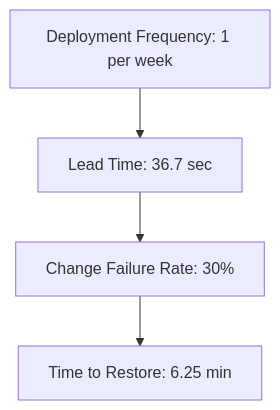
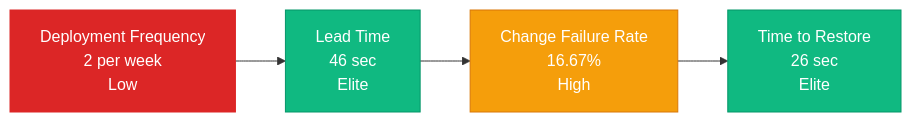
Before and after one commit to ukma-cs-ssdm-2025/team-bottleneck: the second of 2 diagrams in docs/ci-cd/dora-summary.md, drawn with Mermaid. The commit also changed other lines of this file and 210 other files, not shown here.

````diff
--- a/docs/ci-cd/dora-summary.md
+++ b/docs/ci-cd/dora-summary.md
@@ -23,6 +21,16 @@
 ```mermaid
-flowchart TD
-    A["Deployment Frequency: 1 per week"] --> B["Lead Time: 36.7 sec"]
-    B --> C["Change Failure Rate: 30%"]
-    C --> D["Time to Restore: 6.25 min"]
+flowchart LR
+    A["Deployment Frequency<br/> 2 per week<br/> Low"] 
+    B["Lead Time<br/>46 sec<br/> Elite"]
+    C["Change Failure Rate<br/>16.67%<br/> High"]
+    D["Time to Restore<br/>26 sec<br/> Elite"]
+    
+    A --> B
+    B --> C
+    C --> D
+    
+    style A fill:#dc2626,stroke:#dc2626,color:#fff
+    style B fill:#10b981,stroke:#059669,color:#fff
+    style C fill:#f59e0b,stroke:#d97706,color:#fff
+    style D fill:#10b981,stroke:#059669,color:#fff
 ```
````
